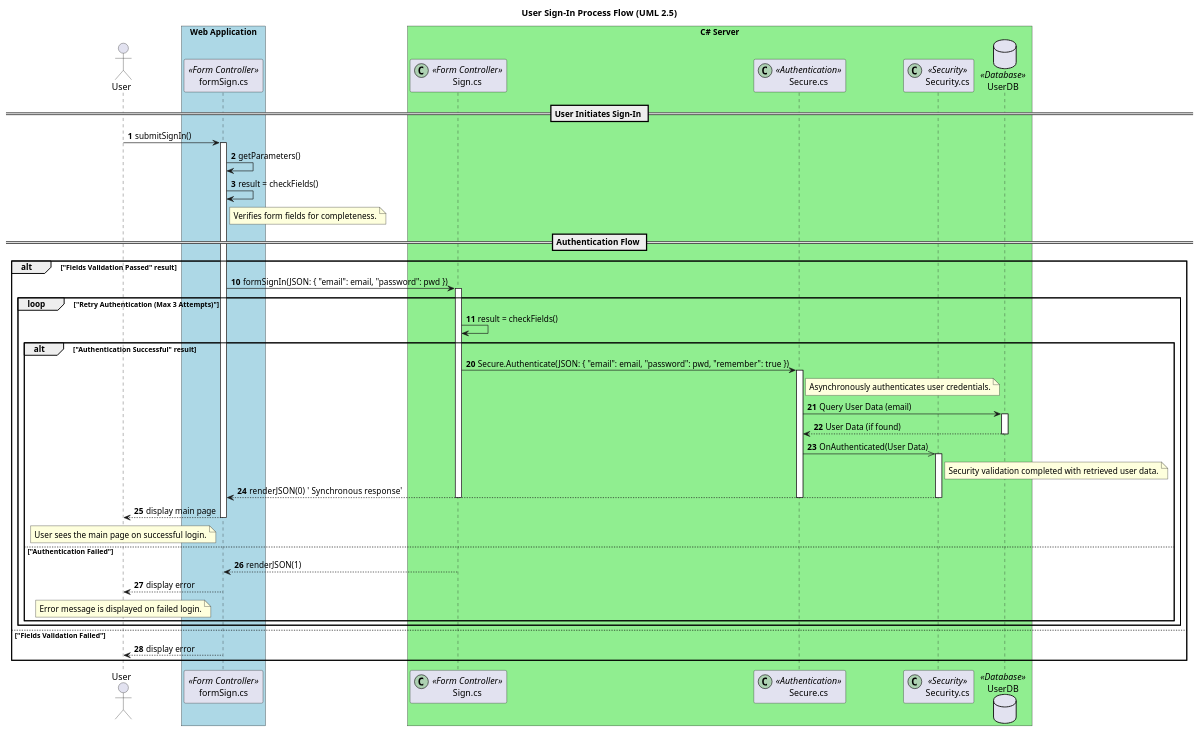
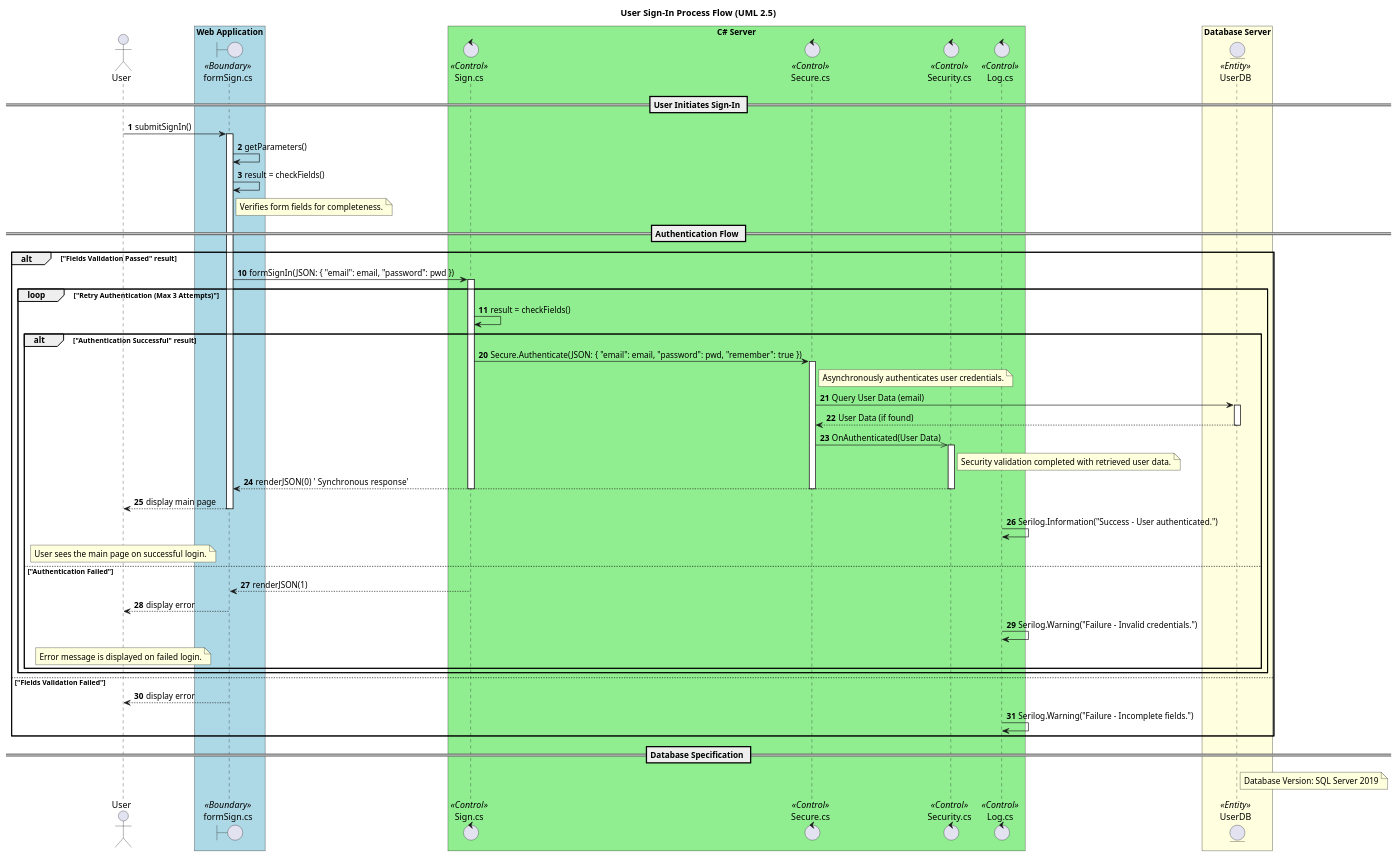
Before and after one commit to andikatjacobdennis/UML: the diagram in sign_in_flow.puml, drawn with PlantUML.

```diff
--- a/sign_in_flow.puml
+++ b/sign_in_flow.puml
@@ -1,100 +1,116 @@
 @startuml
 
 title User Sign-In Process Flow (UML 2.5)
 
 actor User as user
-participant "formSign.cs" as form <<Form Controller>>
-participant "Sign.cs" as controller <<(C,#ADD1B2) Form Controller>>
-participant "Secure.cs" as secure <<(C,#ADD1B2) Authentication>>
-participant "Security.cs" as security <<(C,#ADD1B2) Security>>
-database "UserDB" as database <<Database>>
+boundary "formSign.cs" as form <<Boundary>>
+control "Sign.cs" as controller <<Control>>
+control "Secure.cs" as secure <<Control>>
+control "Security.cs" as security <<Control>>
+entity "UserDB" as database <<Entity>>
+control "Log.cs" as log <<Control>>
 
 autonumber 1
 
 box "Web Application" #LightBlue
-    participant form
+    boundary form
 end box
 
 box "C# Server" #LightGreen
-    participant controller
-    participant secure
-    participant security
-    participant database
+    control controller
+    control secure
+    control security
+    control log
+end box
+
+box "Database Server" #LightYellow
+    entity database
 end box
 
 == User Initiates Sign-In ==
 
 user -> form : submitSignIn()
 activate form
 form -> form : getParameters()
 form -> form : result = checkFields()
 
 note right of form
     Verifies form fields for completeness.
 end note
 
-' New page or section for main authentication flow
 == Authentication Flow ==
 
 autonumber 10
 
 alt "Fields Validation Passed" result
 
     form -> controller : formSignIn(JSON: { "email": email, "password": pwd })
     activate controller
     
     loop "Retry Authentication (Max 3 Attempts)"
         controller -> controller : result = checkFields()
         
         autonumber 20
         
         alt "Authentication Successful" result
             controller -> secure : Secure.Authenticate(JSON: { "email": email, "password": pwd, "remember": true })
             activate secure
             
             note right of secure
                 Asynchronously authenticates user credentials.
             end note
             
             secure -> database : Query User Data (email)
             activate database
             
             database --> secure : User Data (if found)
             deactivate database
             
             secure ->> security : OnAuthenticated(User Data)
             activate security
             
             note right of security
                 Security validation completed with retrieved user data.
             end note
             
             security --> form : renderJSON(0)  ' Synchronous response'
             deactivate security
             deactivate secure
             deactivate controller
             form --> user : display main page
             deactivate form
             
+            log -> log : Serilog.Information("Success - User authenticated.")
+            
             note over user
                 User sees the main page on successful login.
             end note
             
         else "Authentication Failed"
             controller --> form : renderJSON(1)
             deactivate controller
             form --> user : display error
+            
+            log -> log : Serilog.Warning("Failure - Invalid credentials.")
             
             note over user
                 Error message is displayed on failed login.
             end note
             
         end
     end
     
 else "Fields Validation Failed"
     form --> user : display error
     deactivate form
+    
+    log -> log : Serilog.Warning("Failure - Incomplete fields.")
 end
 
+== Database Specification ==
+
+note right of database
+    Database Version: SQL Server 2019
+end note
+
 @enduml
```
